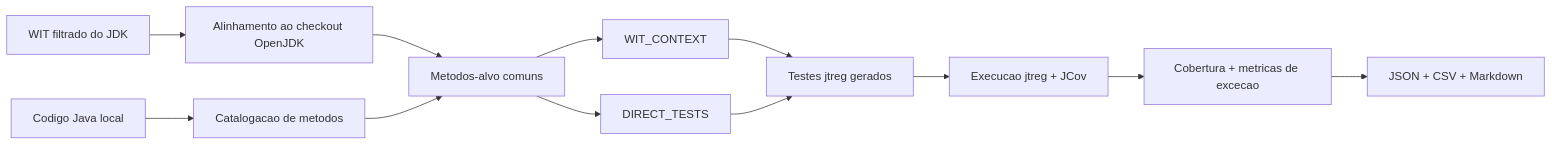
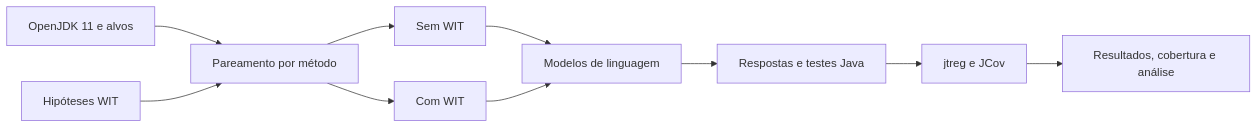
Before and after one commit to marcelomamorim/wit-llm: the diagram in docs/index.md, drawn with Mermaid. The commit also changed other lines of this file and 6 other files, not shown here.

Commit message:
Document experimental architecture and research methodology

````diff
--- a/docs/index.md
+++ b/docs/index.md
@@ -33,14 +17,12 @@
 ```mermaid
-graph LR
-    A["WIT filtrado do JDK"] --> B["Alinhamento ao checkout OpenJDK"]
-    C["Codigo Java local"] --> D["Catalogacao de metodos"]
-    B --> E["Metodos-alvo comuns"]
+flowchart LR
+    A["OpenJDK 11 e alvos"] --> B["Pareamento por método"]
+    W["Hipóteses WIT"] --> B
+    B --> C["Sem WIT"]
+    B --> D["Com WIT"]
+    C --> E["Modelos de linguagem"]
     D --> E
-    E --> F["WIT_CONTEXT"]
-    E --> G["DIRECT_TESTS"]
-    F --> H["Testes jtreg gerados"]
-    G --> H
-    H --> I["Execucao jtreg + JCov"]
-    I --> J["Cobertura + metricas de excecao"]
-    J --> K["JSON + CSV + Markdown"]
+    E --> F["Respostas e testes Java"]
+    F --> G["jtreg e JCov"]
+    G --> H["Resultados, cobertura e análise"]
 ```
````
